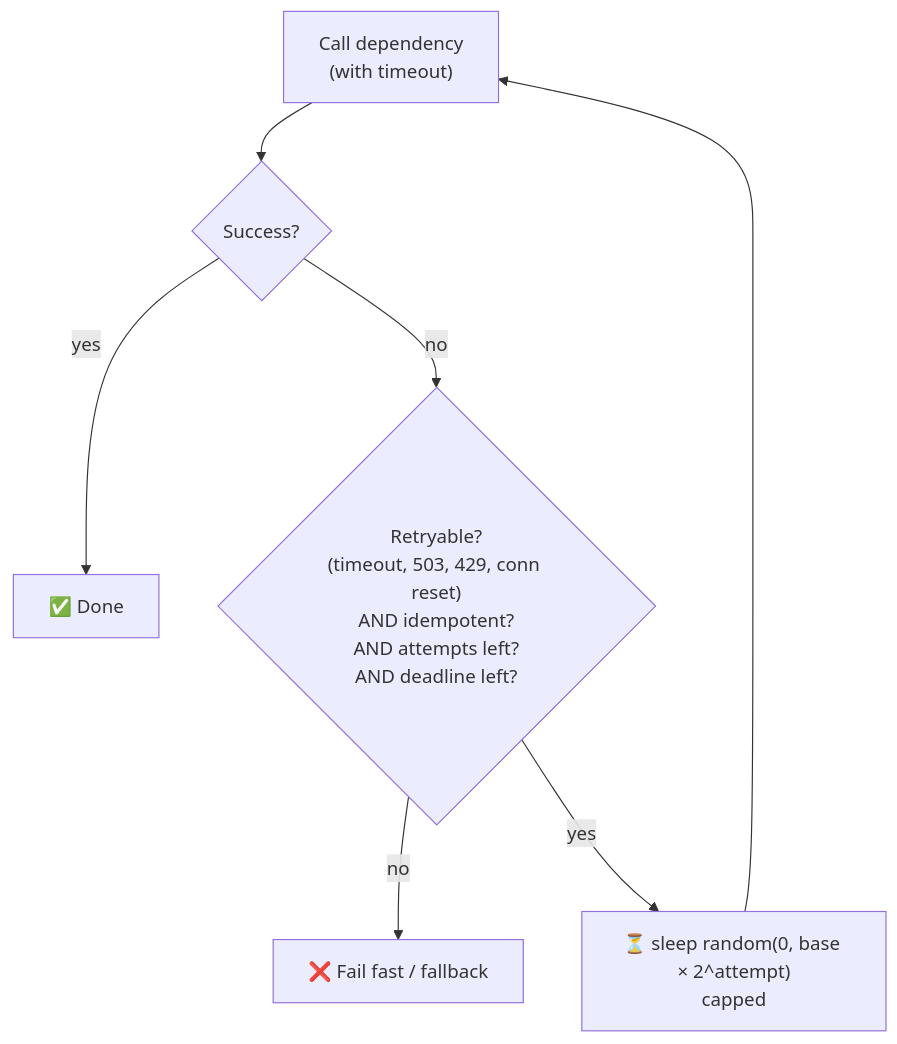
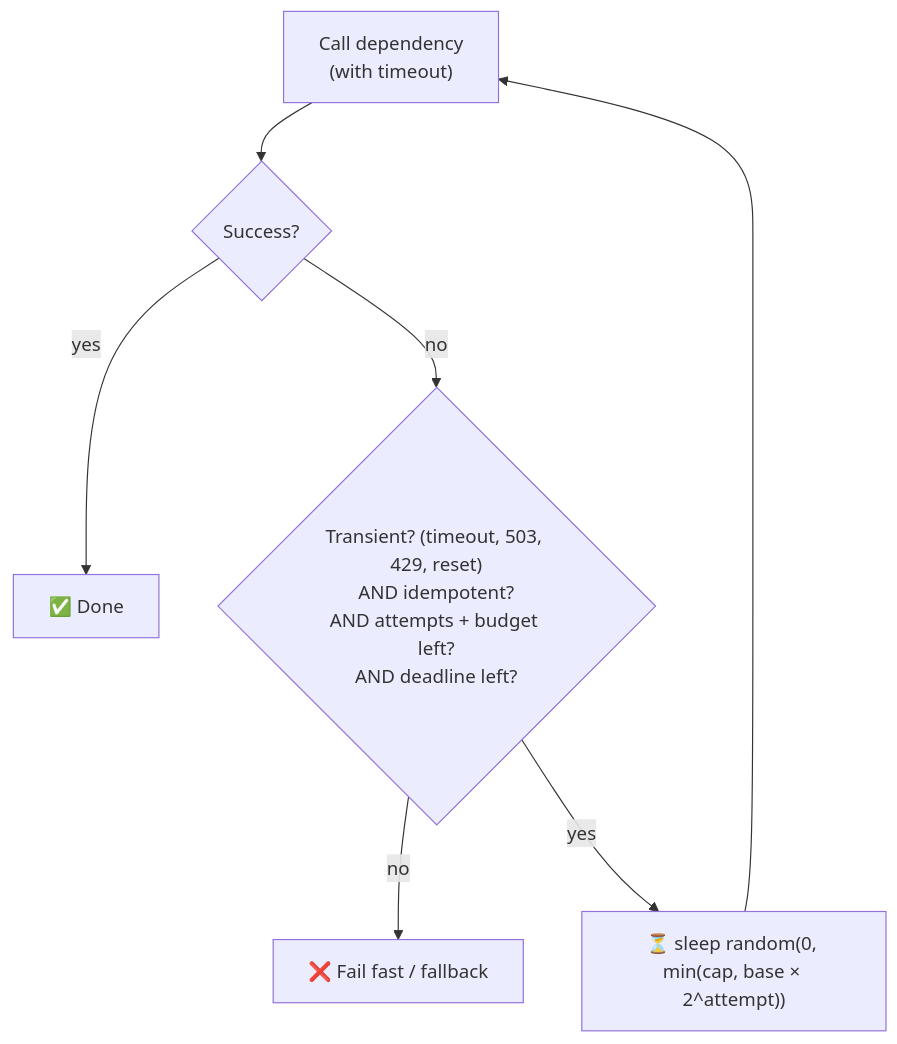
Before and after one commit to winnyboy5/System-Design-from-Atoms: the diagram in phases/08-reliability-ops/063-timeouts-and-retries.md, drawn with Mermaid. The commit also changed other lines of this file and 9 other files, not shown here.

````diff
--- a/phases/08-reliability-ops/063-timeouts-and-retries.md
+++ b/phases/08-reliability-ops/063-timeouts-and-retries.md
@@ -35,9 +45,9 @@
 ```mermaid
 flowchart TD
     CALL["Call dependency<br/>(with timeout)"] --> OK{"Success?"}
     OK -->|"yes"| DONE["✅ Done"]
-    OK -->|"no"| RET{"Retryable?<br/>(timeout, 503, 429, conn reset)<br/>AND idempotent?<br/>AND attempts left?<br/>AND deadline left?"}
+    OK -->|"no"| RET{"Transient? (timeout, 503, 429, reset)<br/>AND idempotent?<br/>AND attempts + budget left?<br/>AND deadline left?"}
     RET -->|"no"| FAIL["❌ Fail fast / fallback"]
-    RET -->|"yes"| WAIT["⏳ sleep random(0, base × 2^attempt)<br/>capped"]
+    RET -->|"yes"| WAIT["⏳ sleep random(0, min(cap, base × 2^attempt))"]
     WAIT --> CALL
 ```
````
